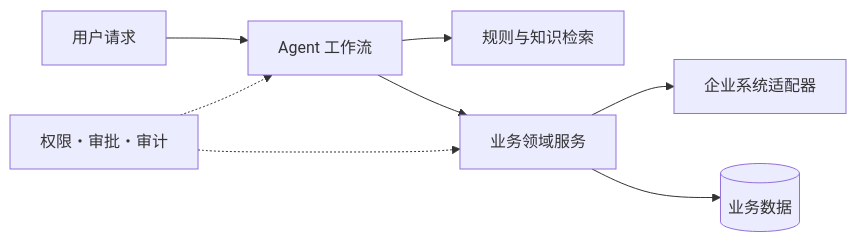
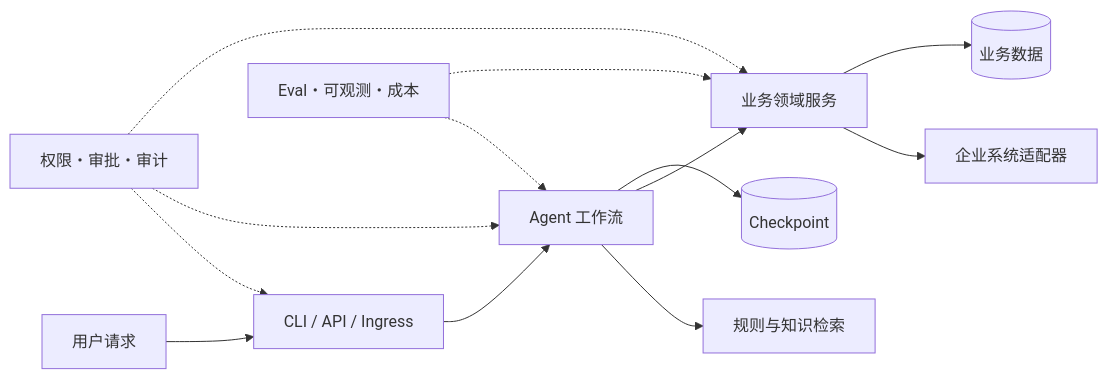
The diagram in ARCHITECTURE.md (PureBlueFrank/oria), drawn with Mermaid before and after one commit. The commit also changed other lines of this file and 2 other files, not shown here.

Commit message:
docs: publish architecture and execution roadmap

````diff
--- a/ARCHITECTURE.md
+++ b/ARCHITECTURE.md
@@ -5,10 +5,15 @@
 ```mermaid
 flowchart LR
-    U[用户请求] --> O[Agent 工作流]
+    U[用户请求] --> I[CLI / API / Ingress]
+    I --> O[Agent 工作流]
     O --> K[规则与知识检索]
     O --> D[业务领域服务]
     D --> A[企业系统适配器]
     D --> S[(业务数据)]
-    P[权限・审批・审计] -.-> O
+    O --> C[(Checkpoint)]
+    P[权限・审批・审计] -.-> I
+    P -.-> O
     P -.-> D
+    E[Eval・可观测・成本] -.-> O
+    E -.-> D
 ```
````
